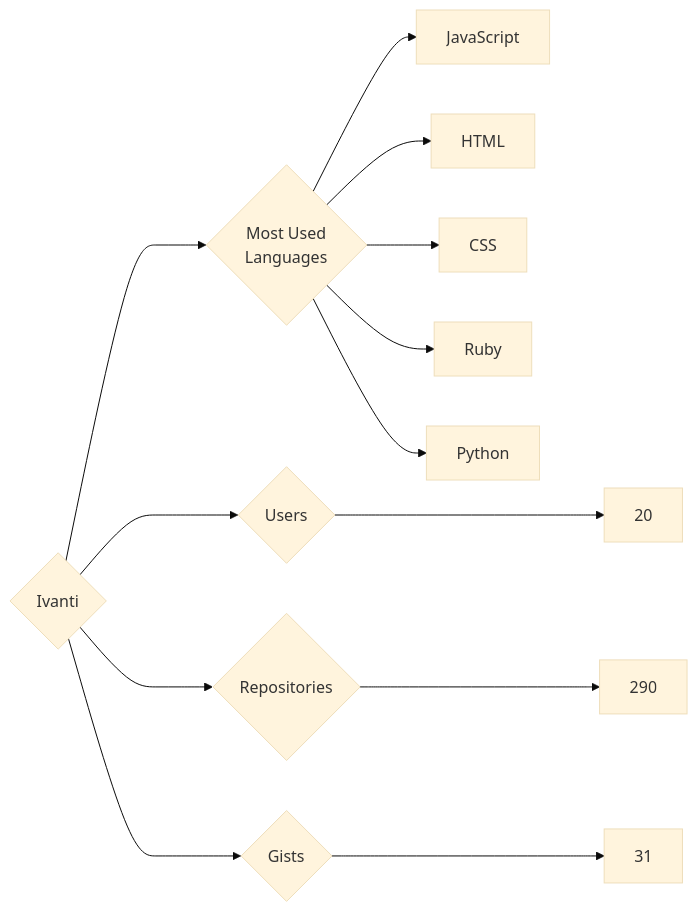
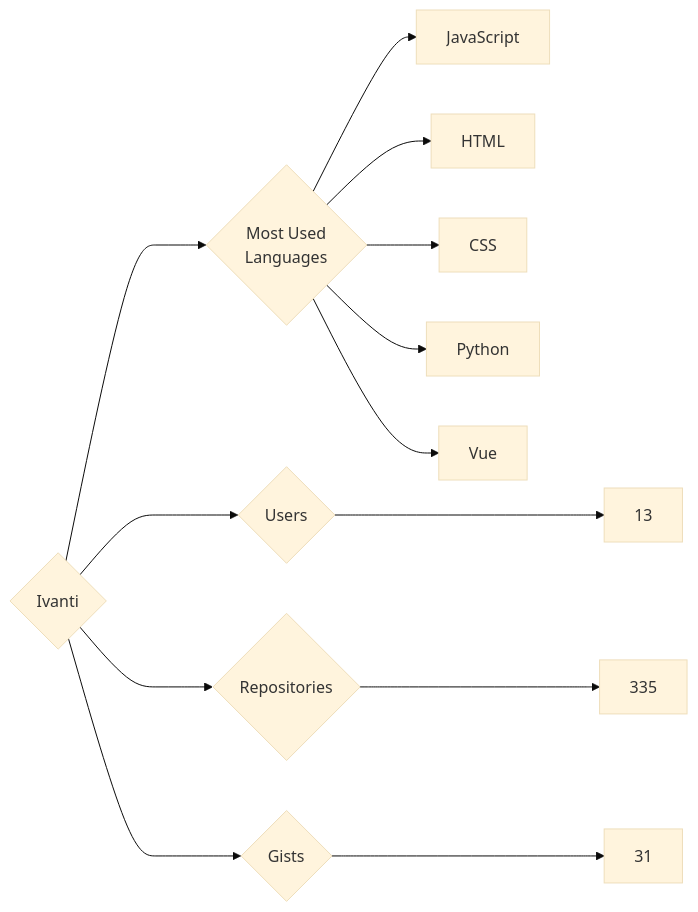
Before and after one commit to trickest/insiders: the diagram in targets/Ivanti/README.md, drawn with Mermaid (base theme). The commit also changed 714 other files, not shown here.

````diff
--- a/targets/Ivanti/README.md
+++ b/targets/Ivanti/README.md
@@ -3,13 +3,13 @@
 ```mermaid
 graph LR
 COMPANY_NAME{Ivanti}
-COMPANY_NAME ---> U{Users} ---> UN[20]
-COMPANY_NAME ---> R{Repositories} ---> RN[290]
+COMPANY_NAME ---> U{Users} ---> UN[13]
+COMPANY_NAME ---> R{Repositories} ---> RN[335]
 COMPANY_NAME ---> G{Gists} ---> GN[31]
 COMPANY_NAME ---> ML{Most Used<br>Languages}
 ML --> JavaScript[JavaScript]
 ML --> HTML[HTML]
 ML --> CSS[CSS]
-ML --> Ruby[Ruby]
 ML --> Python[Python]
+ML --> Vue[Vue]
 ```
````
